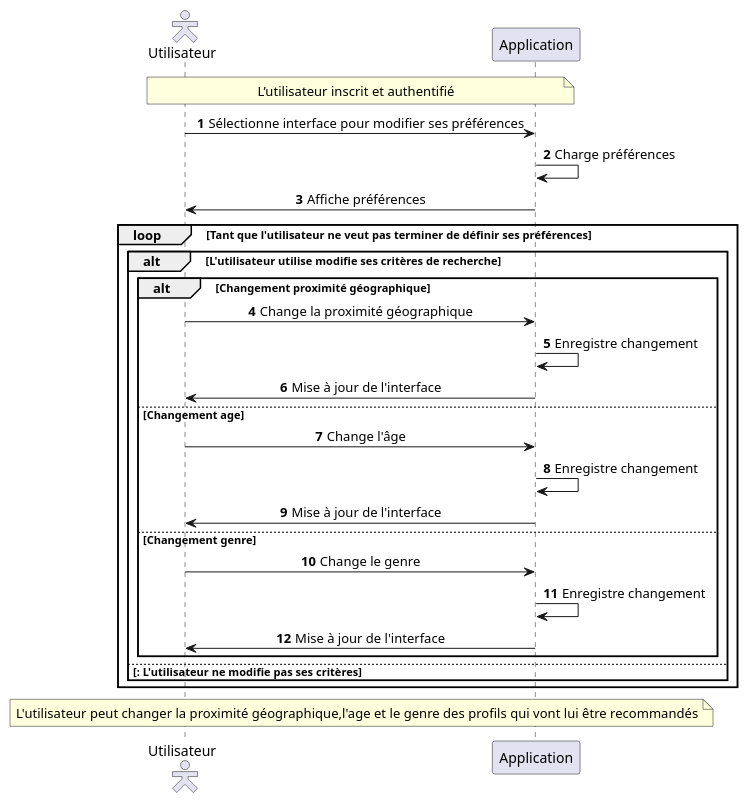
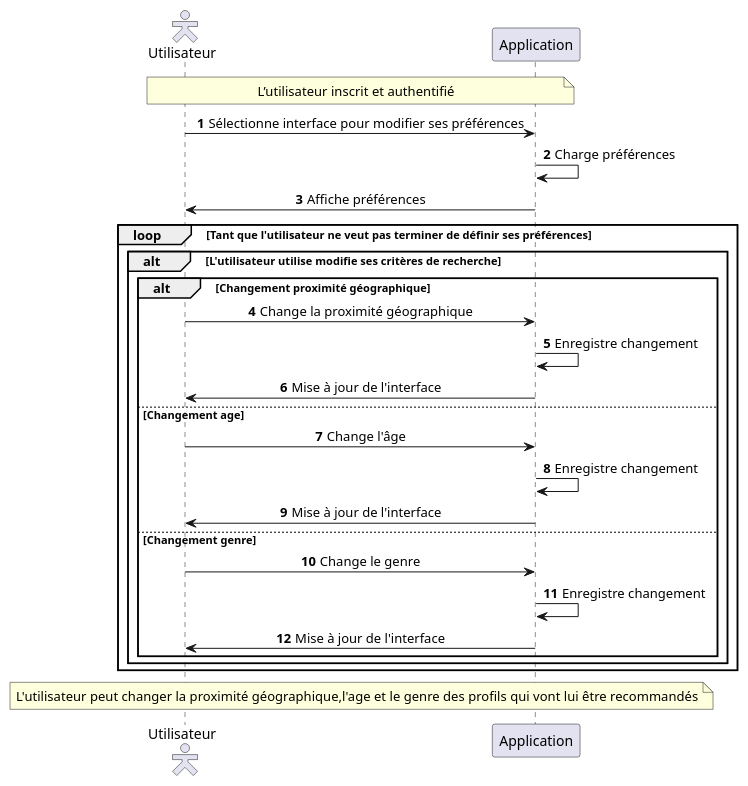
One commit to MinaroliCorentin/PSO changed the diagram in src/Description_des_scenarios_Config_Utilisateur_définir_preferences.puml. Above: the diagram before and after it, drawn with PlantUML. The commit also changed 5 other files, not shown here.

Commit message:
Push Diagramme d'état + correction coquille

```diff
--- a/src/Description_des_scenarios_Config_Utilisateur_définir_preferences.puml
+++ b/src/Description_des_scenarios_Config_Utilisateur_définir_preferences.puml
@@ -1,43 +1,40 @@
 @startuml
 autonumber
 skinparam sequenceMessageAlign center
 skinparam actorStyle hollow
 
 actor "Utilisateur" as user
 participant "Application" as app
 
 note over user, app
 L’utilisateur inscrit et authentifié
 end note
 
 user -> app : Sélectionne interface pour modifier ses préférences
 app -> app : Charge préférences
 app -> user : Affiche préférences
 
 loop Tant que l'utilisateur ne veut pas terminer de définir ses préférences
 alt L'utilisateur utilise modifie ses critères de recherche
 
 alt Changement proximité géographique
 user -> app : Change la proximité géographique
 app -> app : Enregistre changement
 app -> user : Mise à jour de l'interface
 else Changement age
 user -> app : Change l'âge
 app -> app : Enregistre changement
 app -> user : Mise à jour de l'interface
 else Changement genre
 user -> app : Change le genre
 app -> app : Enregistre changement
 app -> user : Mise à jour de l'interface
 end
-
-else : L'utilisateur ne modifie pas ses critères
-
 end
 end
 
 note over user, app
 L'utilisateur peut changer la proximité géographique,l'age et le genre des profils qui vont lui être recommandés
 end note
 
 @enduml
```
